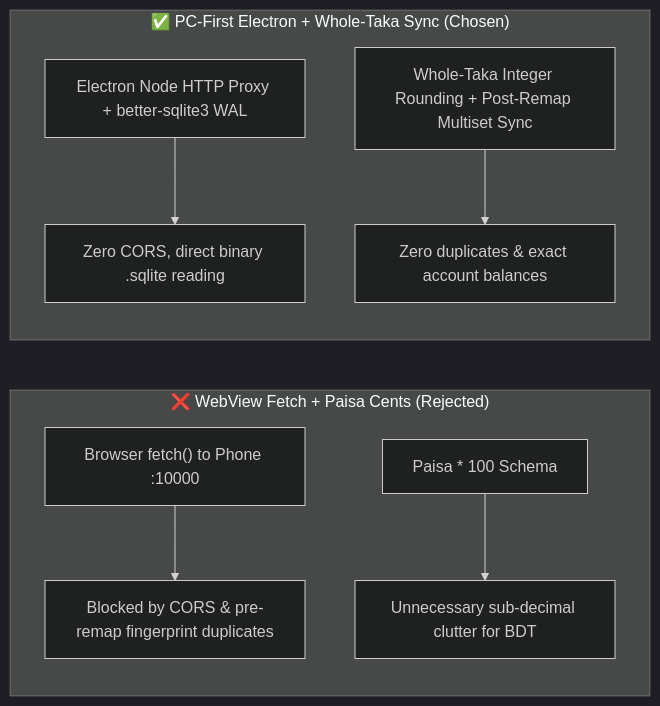
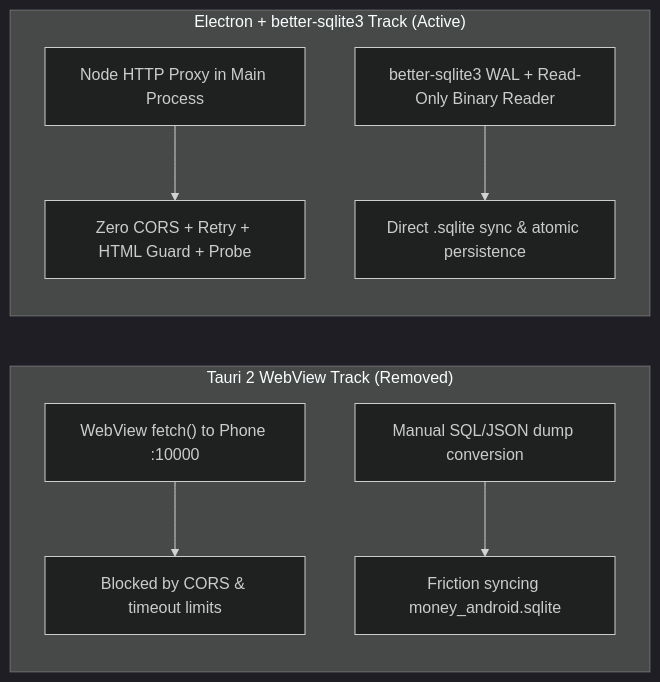
One commit to Mostakim2005/money-manager changed the diagram in docs/DECISIONS_AND_TRAPS.md. Above: the diagram before and after it, drawn with Mermaid (dark theme). The commit also changed other lines of this file and 105 other files, not shown here.

Commit message:
feat(electron,ui,sync): complete Batches 2-5 Electron SQLite WAL engine, Realbyte proxy, desktop UI, power modules, CI and docs

````diff
--- a/docs/DECISIONS_AND_TRAPS.md
+++ b/docs/DECISIONS_AND_TRAPS.md
@@ -162,11 +25,11 @@
 ```mermaid
 flowchart LR
-    subgraph Rejected["❌ WebView Fetch + Paisa Cents (Rejected)"]
-        A1["Browser fetch() to Phone :10000"] --> A2["Blocked by CORS & pre-remap fingerprint duplicates"]
-        A3["Paisa * 100 Schema"] --> A4["Unnecessary sub-decimal clutter for BDT"]
+    subgraph Rejected["Tauri 2 WebView Track (Removed)"]
+        A1["WebView fetch() to Phone :10000"] --> A2["Blocked by CORS & timeout limits"]
+        A3["Manual SQL/JSON dump conversion"] --> A4["Friction syncing money_android.sqlite"]
     end
-    subgraph Chosen["✅ PC-First Electron + Whole-Taka Sync (Chosen)"]
-        B1["Electron Node HTTP Proxy + better-sqlite3 WAL"] --> B2["Zero CORS, direct binary .sqlite reading"]
-        B3["Whole-Taka Integer Rounding + Post-Remap Multiset Sync"] --> B4["Zero duplicates & exact account balances"]
+    subgraph Chosen["Electron + better-sqlite3 Track (Active)"]
+        B1["Node HTTP Proxy in Main Process"] --> B2["Zero CORS + Retry + HTML Guard + Probe"]
+        B3["better-sqlite3 WAL + Read-Only Binary Reader"] --> B4["Direct .sqlite sync & atomic persistence"]
     end
 ```
````
